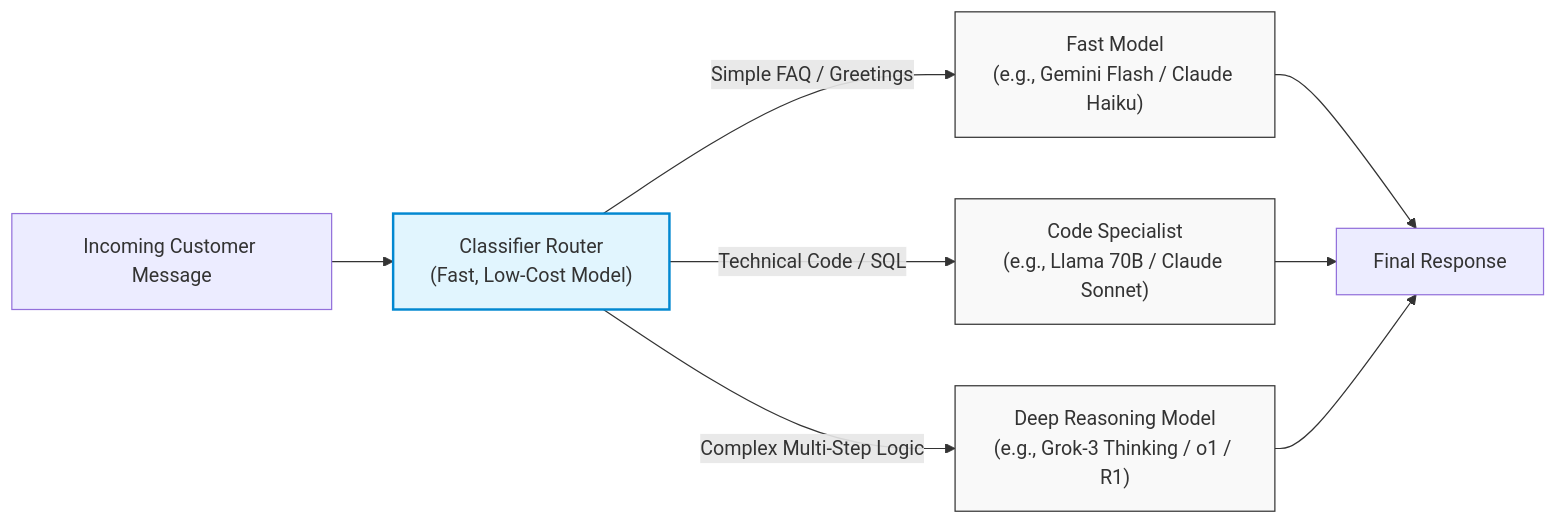
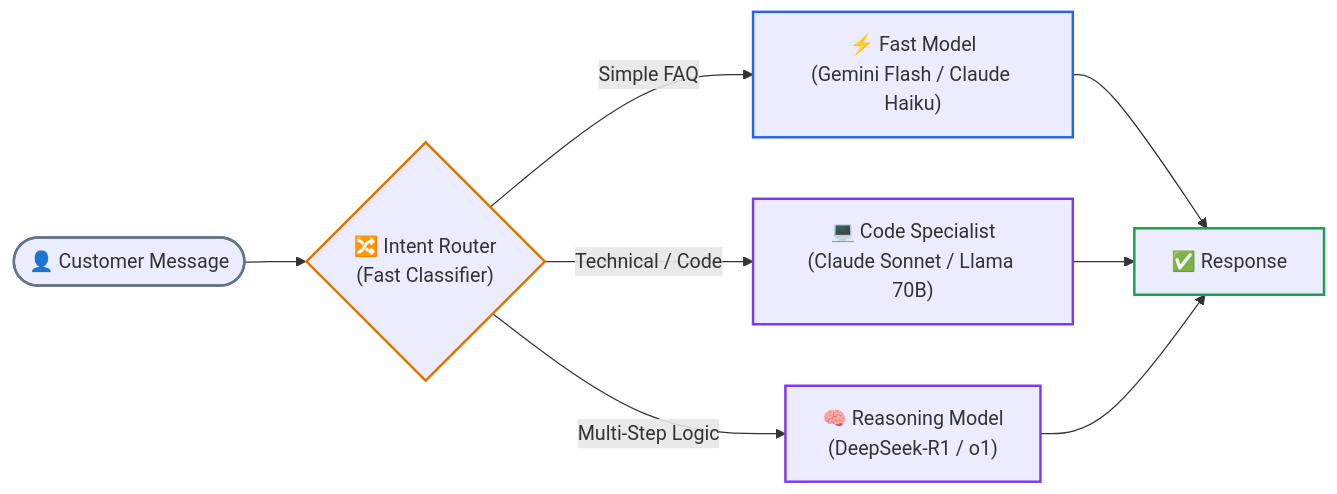
The fifth of 9 diagrams in 04-agentic-systems-and-orchestration/01-workflows-vs-agents-and-orchestration-patterns.md (dip4k/senior-engineer-to-ai-engineer-roadmap), drawn with Mermaid before and after one commit. The commit also changed other lines of this file and 94 other files, not shown here.

Commit message:
refactor(curriculum): complete Phase 04 upgrade and enforce diagram renderer invariants

````diff
--- a/04-agentic-systems-and-orchestration/01-workflows-vs-agents-and-orchestration-patterns.md
+++ b/04-agentic-systems-and-orchestration/01-workflows-vs-agents-and-orchestration-patterns.md
@@ -205,15 +230,19 @@
 ```mermaid
 flowchart LR
-    classDef router fill:#e1f5fe,stroke:#0288d1,stroke-width:2px;
-    classDef worker fill:#f9f9f9,stroke:#333,stroke-width:1px;
+    In(["👤 Customer Message"]) --> Router{"🔀 Intent Router<br>(Fast Classifier)"}
+    
+    Router -->|"Simple FAQ"| Fast["⚡ Fast Model<br>(Gemini Flash / Claude Haiku)"]
+    Router -->|"Technical / Code"| CodeMod["💻 Code Specialist<br>(Claude Sonnet / Llama 70B)"]
+    Router -->|"Multi-Step Logic"| DeepMod["🧠 Reasoning Model<br>(DeepSeek-R1 / o1)"]
 
-    In["Incoming Customer Message"] --> Router["Classifier Router\n(Fast, Low-Cost Model)"]:::router
-    
-    Router -->|"Simple FAQ / Greetings"| Fast["Fast Model\n(e.g., Gemini Flash / Claude Haiku)"]:::worker
-    Router -->|"Technical Code / SQL"| CodeMod["Code Specialist\n(e.g., Llama 70B / Claude Sonnet)"]:::worker
-    Router -->|"Complex Multi-Step Logic"| DeepMod["Deep Reasoning Model\n(e.g., Grok-3 Thinking / o1 / R1)"]:::worker
-
-    Fast --> Out["Final Response"]
+    Fast --> Out["✅ Response"]
     CodeMod --> Out
     DeepMod --> Out
+
+    style In stroke:#64748b,stroke-width:2px
+    style Router stroke:#d97706,stroke-width:2px
+    style Fast stroke:#2563eb,stroke-width:2px
+    style CodeMod stroke:#7c3aed,stroke-width:2px
+    style DeepMod stroke:#7c3aed,stroke-width:2px
+    style Out stroke:#16a34a,stroke-width:2px
 ```
````
